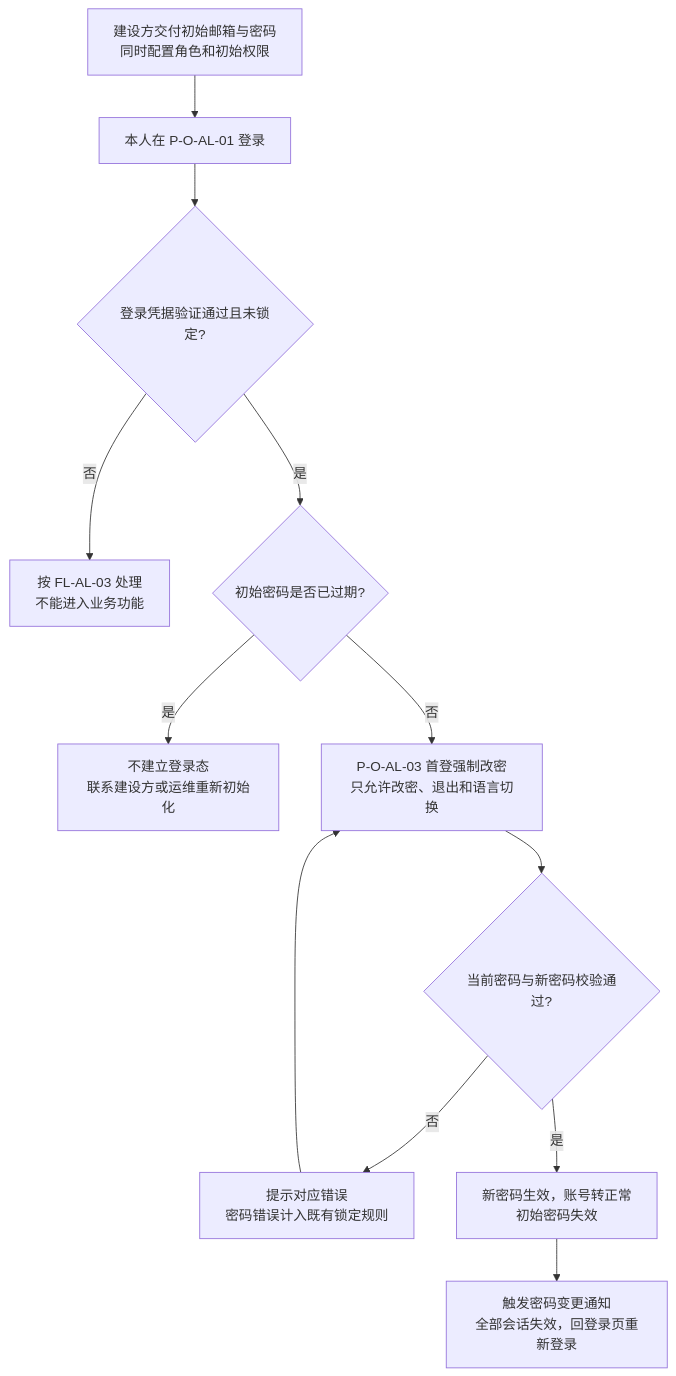
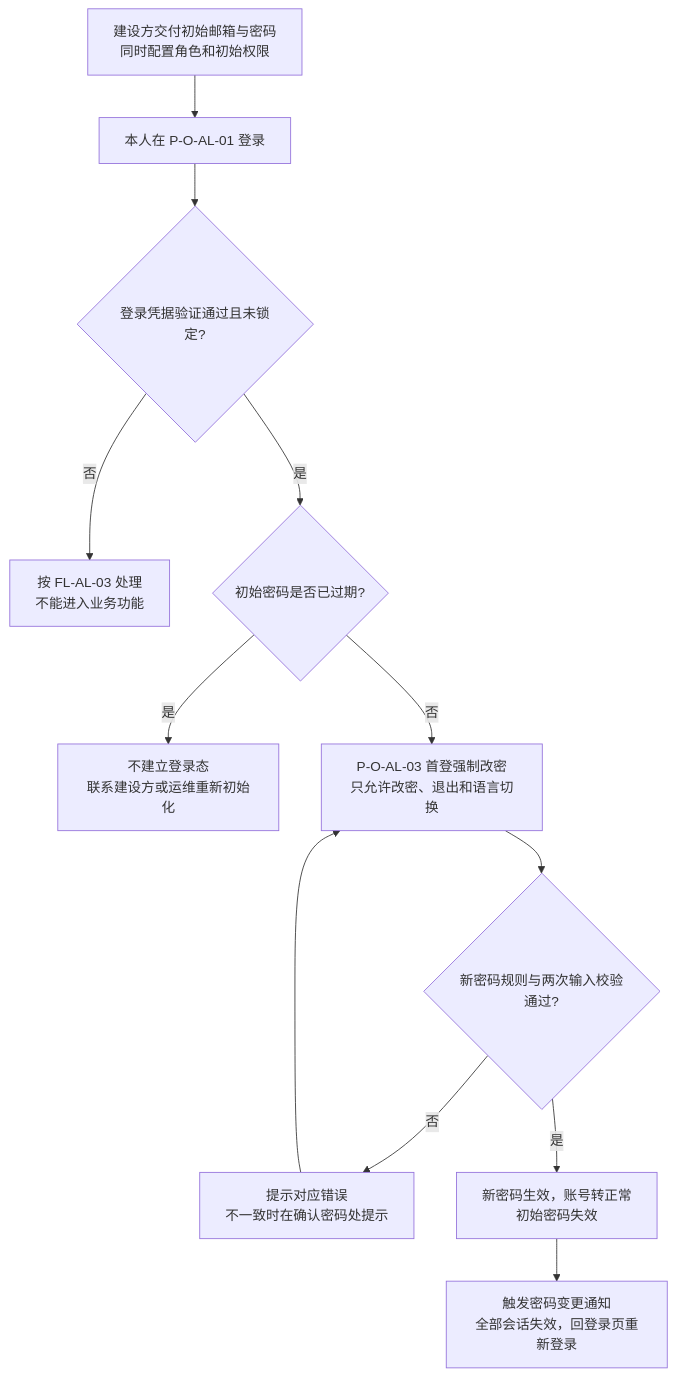
Before and after one commit to wxblockchain/Chain-Financing: the first of 9 diagrams in lending-platform/PRD/v1.0-运营端账户与登录/v1.0-运营端账户与登录-流程图与状态机.md, drawn with Mermaid. The commit also changed other lines of this file and 3 other files, not shown here.

````diff
--- a/lending-platform/PRD/v1.0-运营端账户与登录/v1.0-运营端账户与登录-流程图与状态机.md
+++ b/lending-platform/PRD/v1.0-运营端账户与登录/v1.0-运营端账户与登录-流程图与状态机.md
@@ -20,14 +21,14 @@
 ```mermaid
 flowchart TD
     A["建设方交付初始邮箱与密码<br/>同时配置角色和初始权限"] --> B["本人在 P-O-AL-01 登录"]
     B --> C{"登录凭据验证通过且未锁定?"}
     C -->|否| D["按 FL-AL-03 处理<br/>不能进入业务功能"]
     C -->|是| E{"初始密码是否已过期?"}
     E -->|是| F["不建立登录态<br/>联系建设方或运维重新初始化"]
     E -->|否| G["P-O-AL-03 首登强制改密<br/>只允许改密、退出和语言切换"]
-    G --> H{"当前密码与新密码校验通过?"}
-    H -->|否| I["提示对应错误<br/>密码错误计入既有锁定规则"]
+    G --> H{"新密码规则与两次输入校验通过?"}
+    H -->|否| I["提示对应错误<br/>不一致时在确认密码处提示"]
     I --> G
     H -->|是| J["新密码生效，账号转正常<br/>初始密码失效"]
     J --> K["触发密码变更通知<br/>全部会话失效，回登录页重新登录"]
 ```
````
